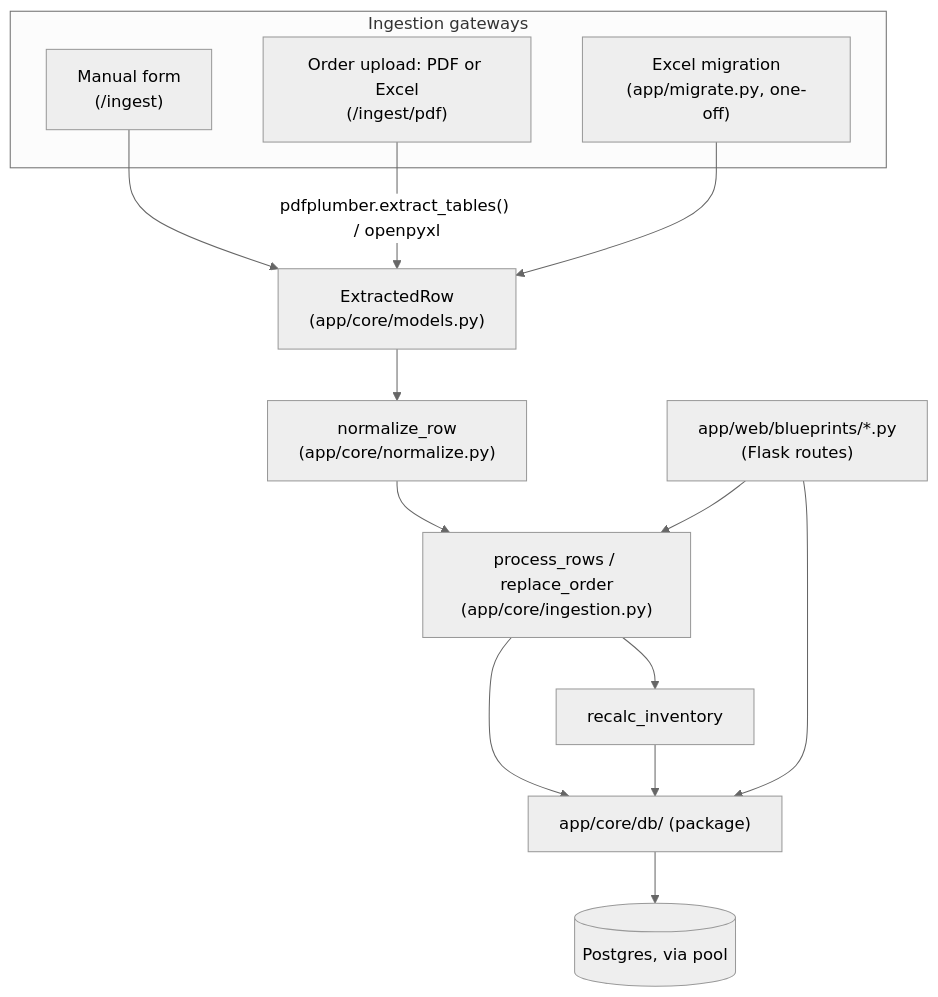
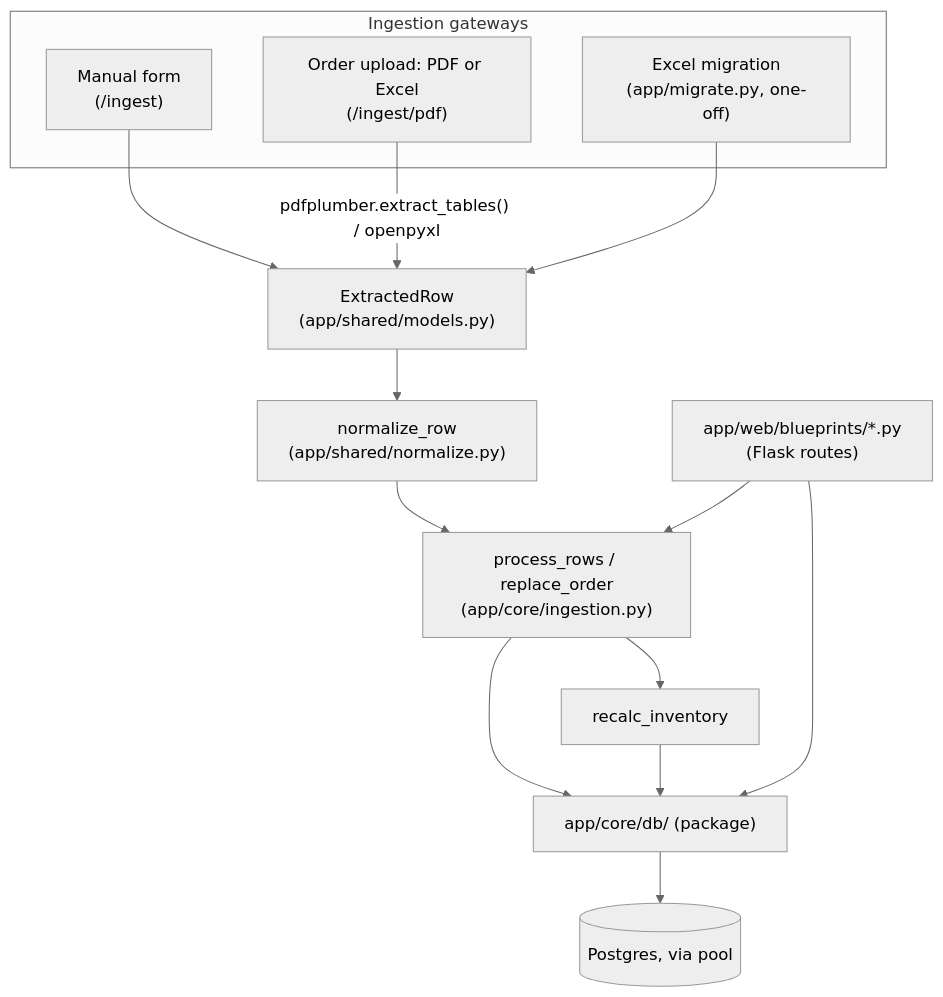
The first of 2 diagrams in docs/ARCHITECTURE.md (nickkmm/plates), drawn with Mermaid (neutral theme) before and after one commit. The commit also changed 8 other files, not shown here.

Commit message:
Point the docs at app/shared

````diff
--- a/docs/ARCHITECTURE.md
+++ b/docs/ARCHITECTURE.md
@@ -11,20 +11,20 @@
 ```mermaid
 flowchart TD
     subgraph Gateways["Ingestion gateways"]
         M["Manual form<br/>(/ingest)"]
         PDF["Order upload: PDF or Excel<br/>(/ingest/pdf)"]
         MIG["Excel migration<br/>(app/migrate.py, one-off)"]
     end
-    M --> ER["ExtractedRow<br/>(app/core/models.py)"]
+    M --> ER["ExtractedRow<br/>(app/shared/models.py)"]
     PDF -->|"pdfplumber.extract_tables() / openpyxl"| ER
     MIG --> ER
-    ER --> NORM["normalize_row<br/>(app/core/normalize.py)"]
+    ER --> NORM["normalize_row<br/>(app/shared/normalize.py)"]
     NORM --> PROC["process_rows / replace_order<br/>(app/core/ingestion.py)"]
     PROC --> DBL["app/core/db/ (package)"]
     DBL --> PG[(Postgres, via pool)]
     PROC --> INV[recalc_inventory]
     INV --> DBL
 
     WEB["app/web/blueprints/*.py<br/>(Flask routes)"] --> PROC
     WEB --> DBL
 ```
````
